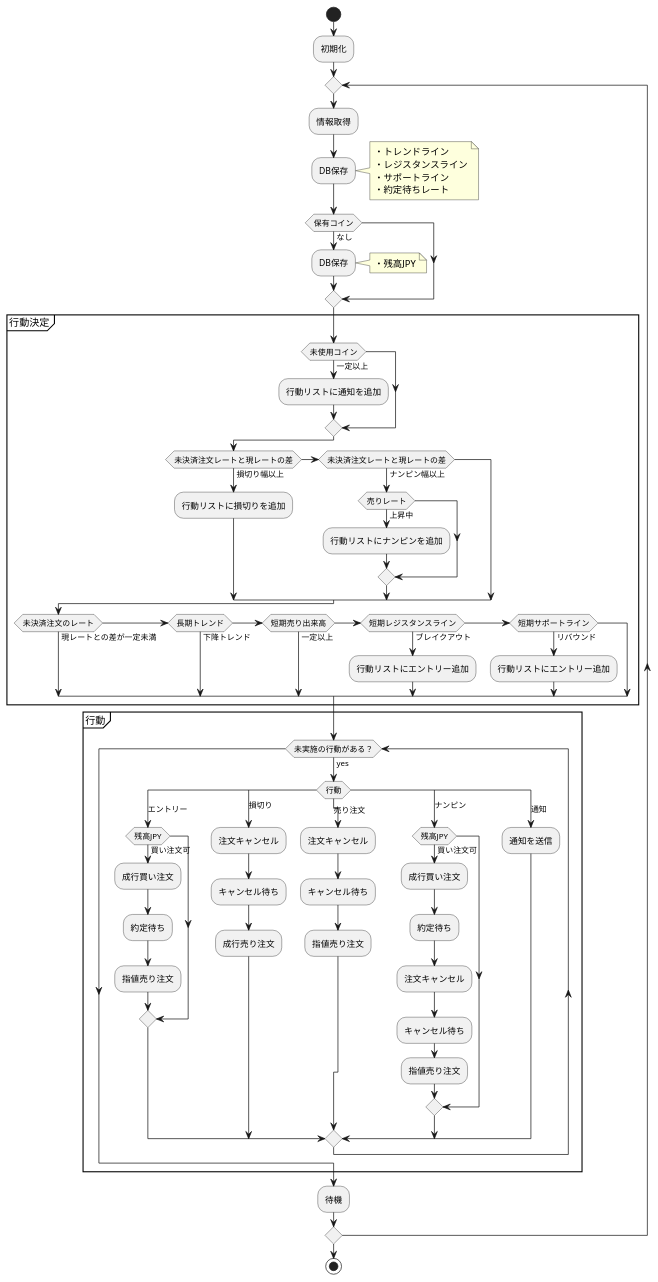
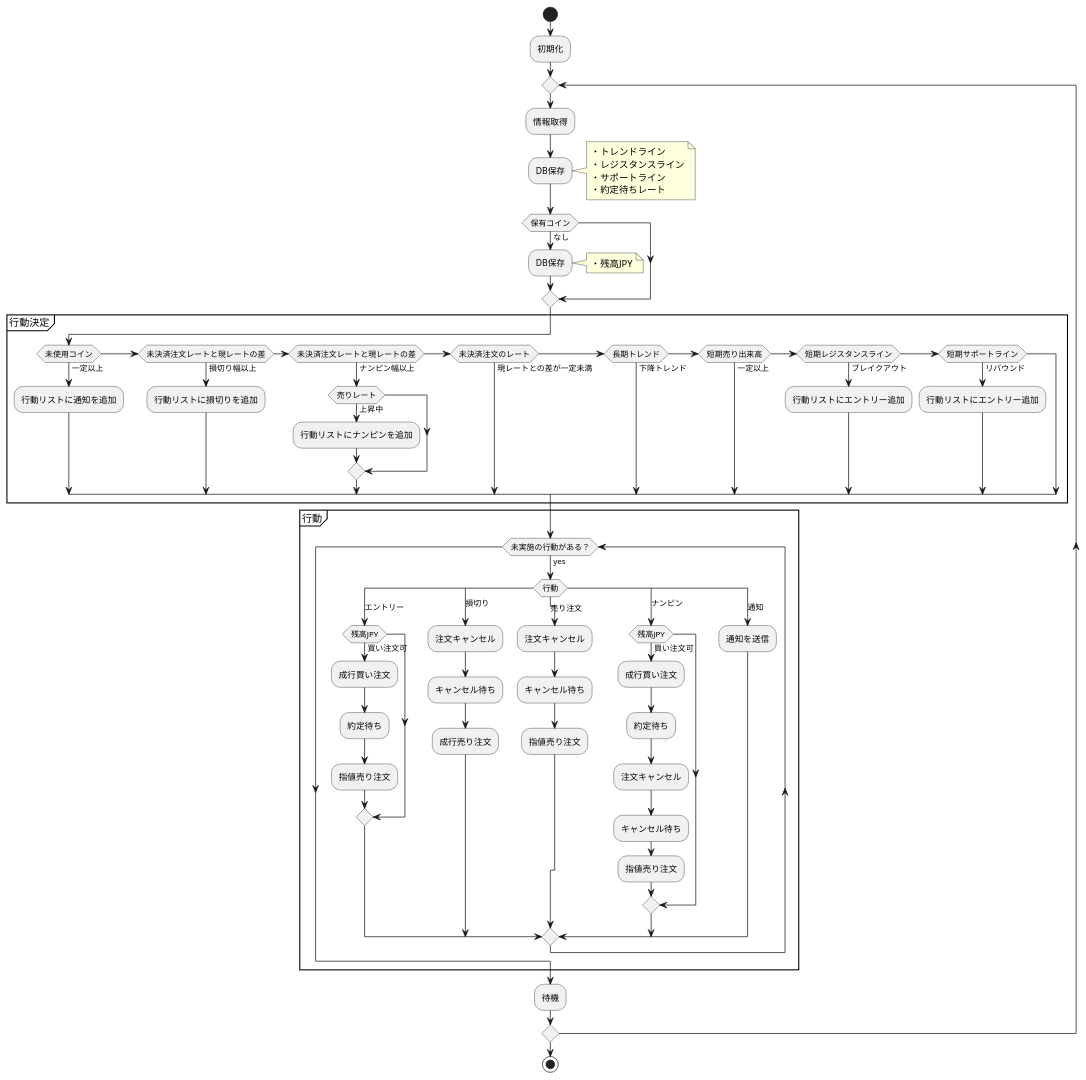
One commit to canpok1/trading-bot-rust changed the diagram in docs/bot.plantuml. Above: the diagram before and after it, drawn with PlantUML.

Commit message:
実装に合わせてアクティビティ図を更新

```diff
--- a/docs/bot.plantuml
+++ b/docs/bot.plantuml
@@ -1,82 +1,78 @@
 @startuml trading-bot-rust
 start
 
 :初期化;
 
 repeat
     :情報取得;
 
     :DB保存;
     note right
         ・トレンドライン
         ・レジスタンスライン
         ・サポートライン
         ・約定待ちレート
     end note
 
     if (保有コイン) then (なし)
         :DB保存;
         note right
             ・残高JPY
         end note
     endif
 
     partition 行動決定 {
         if (未使用コイン) then (一定以上)
             :行動リストに通知を追加;
-        endif
-
-        if (未決済注文レートと現レートの差) then (損切り幅以上)
+        elseif (未決済注文レートと現レートの差) then (損切り幅以上)
             :行動リストに損切りを追加;
         elseif (未決済注文レートと現レートの差) then (ナンピン幅以上)
             if (売りレート) then (上昇中)
                 :行動リストにナンピンを追加;
             endif
-        endif
-
-        if (未決済注文のレート) then (現レートとの差が一定未満)
+        elseif (未決済注文のレート) then (現レートとの差が一定未満)
         elseif (長期トレンド) then (下降トレンド)
         elseif (短期売り出来高) then (一定以上)
         elseif (短期レジスタンスライン) then (ブレイクアウト)
             :行動リストにエントリー追加;
         elseif (短期サポートライン) then (リバウンド)
             :行動リストにエントリー追加;
         endif
     }
 
     partition 行動 {
         while (未実施の行動がある？) is (yes)
             switch (行動)
             case (エントリー)
                 if (残高JPY) then (買い注文可)
                     :成行買い注文;
                     :約定待ち;
                     :指値売り注文;
                 endif
             case (損切り)
                 :注文キャンセル;
                 :キャンセル待ち;
                 :成行売り注文;
             case (売り注文)
                 :注文キャンセル;
                 :キャンセル待ち;
                 :指値売り注文;
             case (ナンピン)
                 if (残高JPY) then (買い注文可)
                     :成行買い注文;
                     :約定待ち;
                     :注文キャンセル;
                     :キャンセル待ち;
                     :指値売り注文;
                 endif
             case (通知)
                 :通知を送信;
             endswitch
         endwhile
     }
 
     :待機;
 repeat while
 
 stop
 @enduml
```
